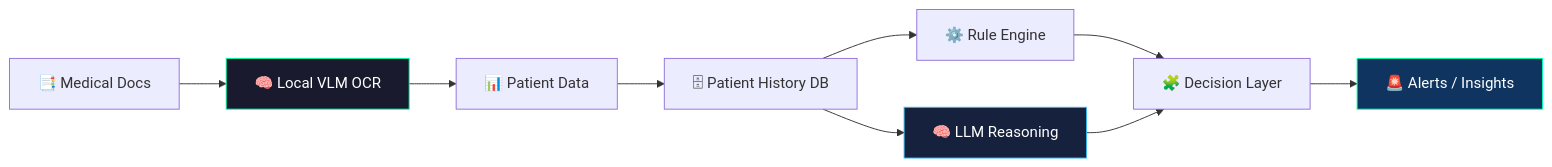
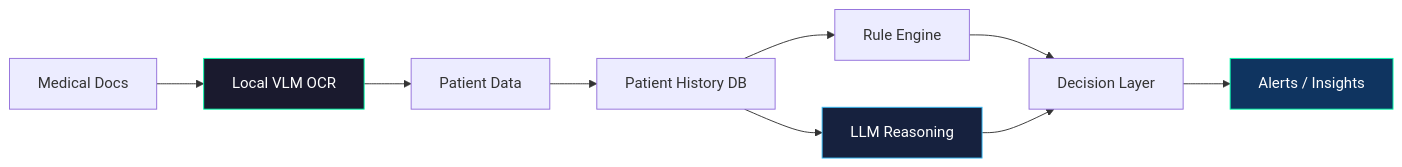
The third of 3 diagrams in README.md (pypi-ahmad/pypi-ahmad), drawn with Mermaid before and after one commit. The commit also changed other lines of this file, not shown here.

````diff
--- a/README.md
+++ b/README.md
@@ -453,19 +255,19 @@
 ```mermaid
 flowchart LR
-    A[📑 Medical Docs] --> B[🧠 Local VLM OCR]
+    A[Medical Docs] --> B[Local VLM OCR]
 
-    B --> C[📊 Patient Data]
-    C --> D[🗄 Patient History DB]
+    B --> C[Patient Data]
+    C --> D[Patient History DB]
 
-    D --> E1[⚙️ Rule Engine]
-    D --> E2[🧠 LLM Reasoning]
+    D --> E1[Rule Engine]
+    D --> E2[LLM Reasoning]
 
-    E1 --> F[🧩 Decision Layer]
+    E1 --> F[Decision Layer]
     E2 --> F
 
-    F --> G[🚨 Alerts / Insights]
+    F --> G[Alerts / Insights]
 
     style B fill:#1a1a2e,stroke:#00FFAA,color:#fff
     style E2 fill:#16213e,stroke:#36BCF7,color:#fff
     style G fill:#0f3460,stroke:#00FFAA,color:#fff
 ```
````
